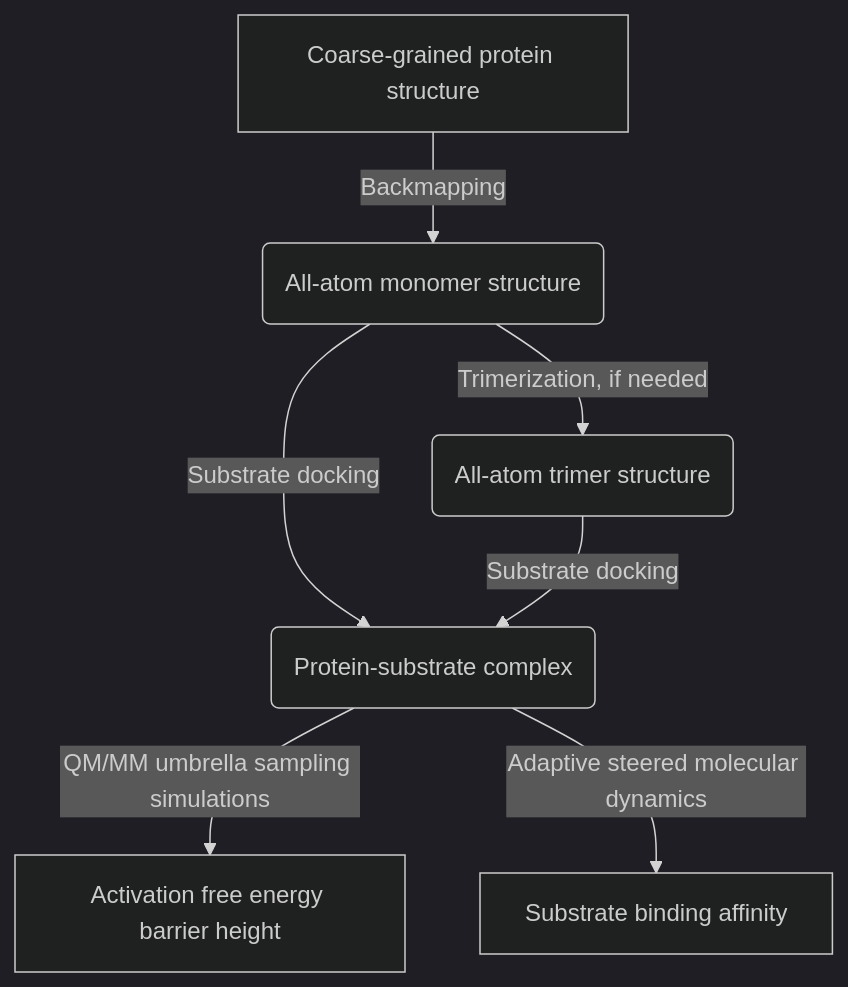
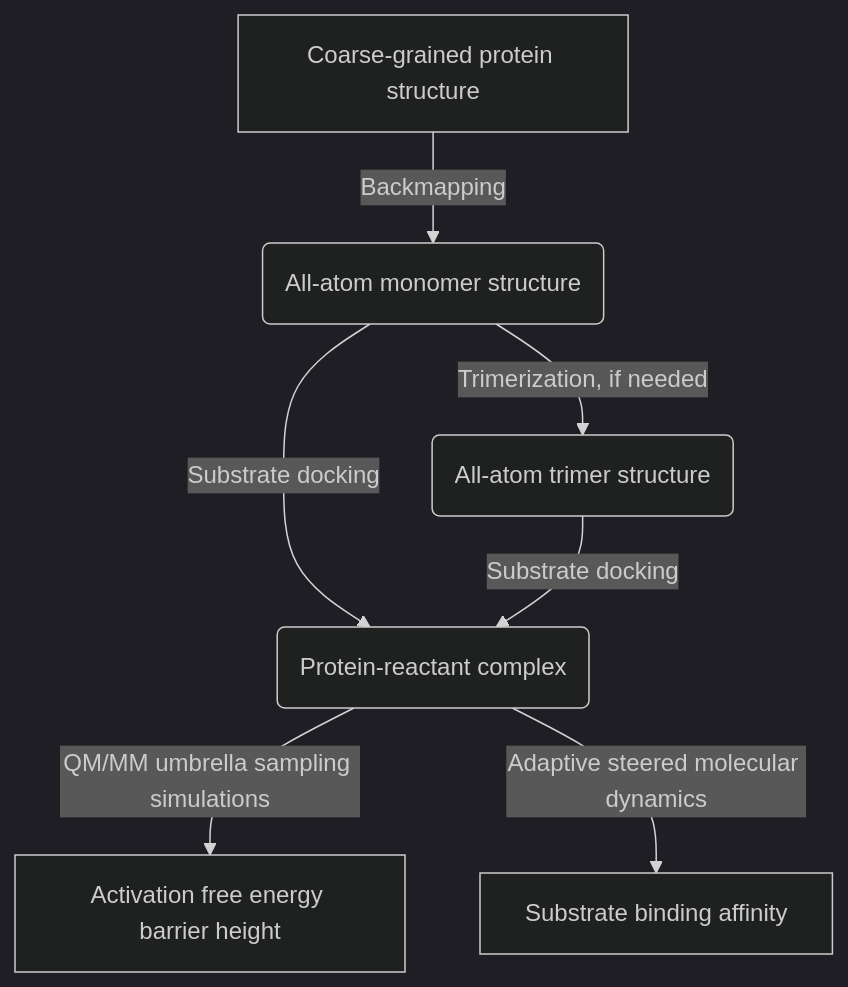
The diagram in README.md (obrien-lab/Activation-Energy-Estimation-Workflow), drawn with Mermaid (dark theme) before and after one commit. The commit also changed other lines of this file, not shown here.

````diff
--- a/README.md
+++ b/README.md
@@ -19,9 +19,9 @@
 ```mermaid
 graph TD;
   A[Coarse-grained protein structure] -->|Backmapping| B(All-atom monomer structure)
   B-->|Trimerization, if needed| C(All-atom trimer structure)
-  B-->|Substrate docking| D(Protein-substrate complex)
+  B-->|Substrate docking| D(Protein-reactant complex)
   C-->|Substrate docking| D
   D-->|QM/MM umbrella sampling simulations| E[Activation free energy barrier height]
   D-->|Adaptive steered molecular dynamics| F[Substrate binding affinity]
 ```
````
